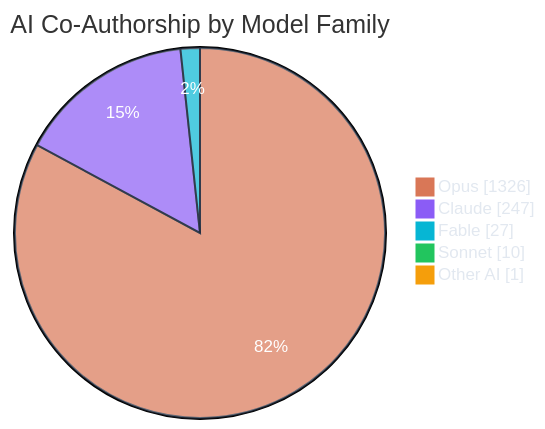
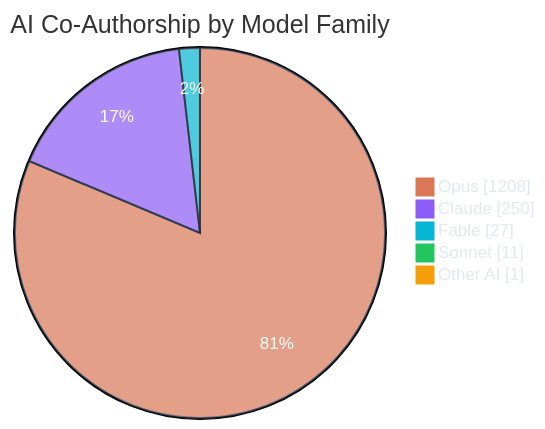
Before and after one commit to polo-nyan/polo-nyan: the third of 7 diagrams in README.md, drawn with Mermaid. The commit also changed other lines of this file and 1 other file, not shown here.

````diff
--- a/README.md
+++ b/README.md
@@ -279,10 +279,10 @@
 ```mermaid
 %%{init: {"theme": "base", "themeVariables": { "pie1": "#d97757", "pie2": "#8b5cf6", "pie3": "#06b6d4", "pie4": "#22c55e", "pie5": "#f59e0b", "pie6": "#ec4899", "pieTextColor": "#ffffff", "pieLegendTextColor": "#e2e8f0", "pieSectionTextColor": "#ffffff", "pieStrokeColor": "#1e293b" }}}%%
 pie showData
     title AI Co-Authorship by Model Family
-    "Opus" : 1326
-    "Claude" : 247
+    "Opus" : 1208
+    "Claude" : 250
     "Fable" : 27
-    "Sonnet" : 10
+    "Sonnet" : 11
     "Other AI" : 1
 ```
````
